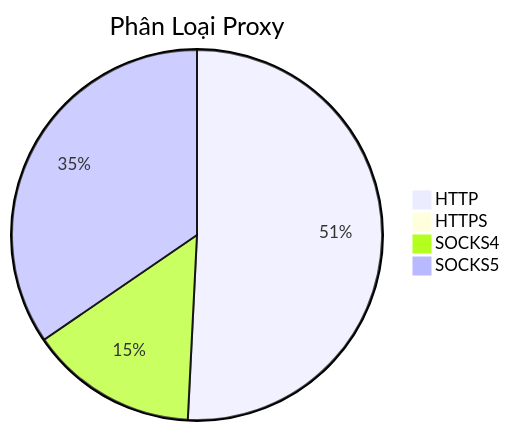
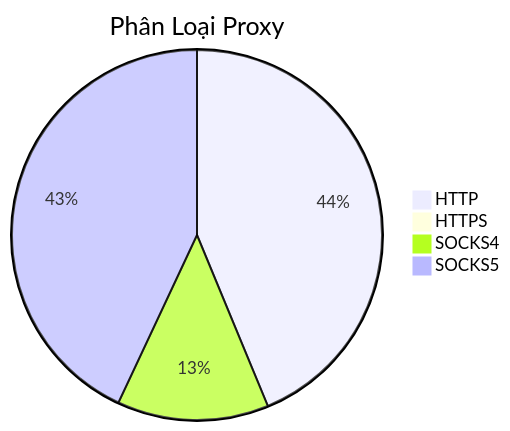
Before and after one commit to Ciara-12/PROXY-free: the diagram in README.md, drawn with Mermaid. The commit also changed other lines of this file and 4 other files, not shown here.

````diff
--- a/README.md
+++ b/README.md
@@ -26,7 +26,7 @@
 ```mermaid
 pie title Phân Loại Proxy
-    "HTTP" : 898
-    "HTTPS" : 1
-    "SOCKS4" : 259
-    "SOCKS5" : 611
+    "HTTP" : 1085
+    "HTTPS" : 0
+    "SOCKS4" : 328
+    "SOCKS5" : 1067
 ```
````
